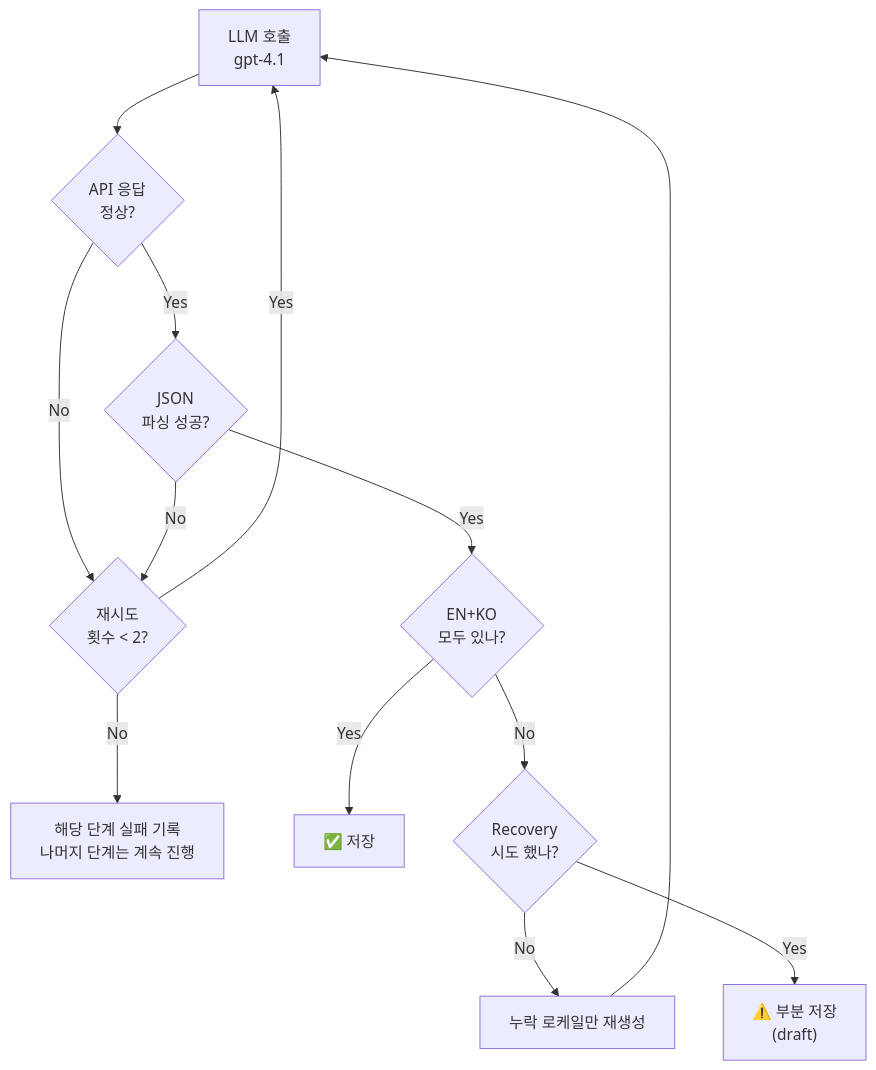
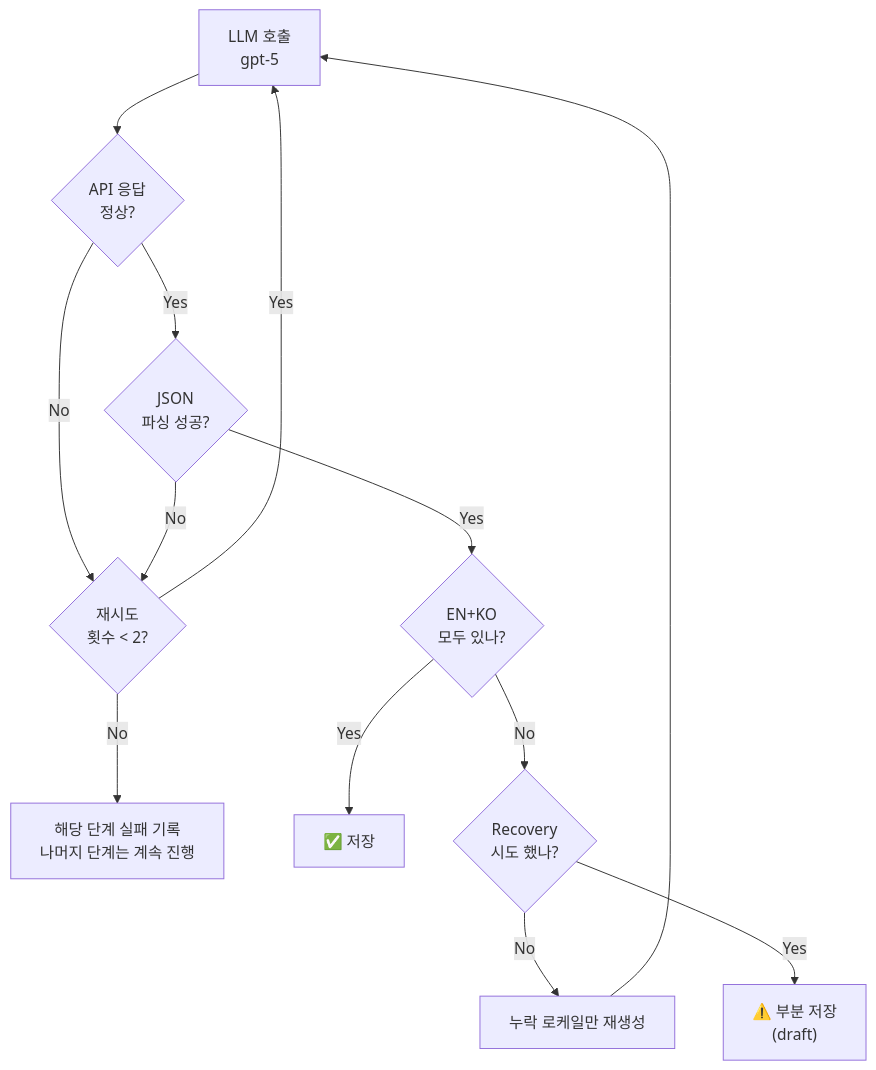
One commit to x0to1log/0to1log changed the diagram in vault/04-AI-System/AI-News-Pipeline-Operations.md. Above: the diagram before and after it, drawn with Mermaid. The commit also changed other lines of this file and 5 other files, not shown here.

````diff
--- a/vault/04-AI-System/AI-News-Pipeline-Operations.md
+++ b/vault/04-AI-System/AI-News-Pipeline-Operations.md
@@ -35,18 +35,18 @@
 ```mermaid
 flowchart TD
-    CALL["LLM 호출\ngpt-4.1"] --> API_OK{"API 응답\n정상?"}
+    CALL["LLM 호출\ngpt-5"] --> API_OK{"API 응답\n정상?"}
 
     API_OK -->|No| RETRY_INFRA{"재시도\n횟수 < 2?"}
     RETRY_INFRA -->|Yes| CALL
     RETRY_INFRA -->|No| FAIL_LOG["해당 단계 실패 기록\n나머지 단계는 계속 진행"]
 
     API_OK -->|Yes| PARSE{"JSON\n파싱 성공?"}
     PARSE -->|No| RETRY_INFRA
 
     PARSE -->|Yes| LOCALE{"EN+KO\n모두 있나?"}
     LOCALE -->|Yes| SAVE["✅ 저장"]
     LOCALE -->|No| RECOVERY{"Recovery\n시도 했나?"}
     RECOVERY -->|No| REGEN["누락 로케일만 재생성"]
     REGEN --> CALL
     RECOVERY -->|Yes| SAVE_PARTIAL["⚠️ 부분 저장\n(draft)"]
 ```
````
